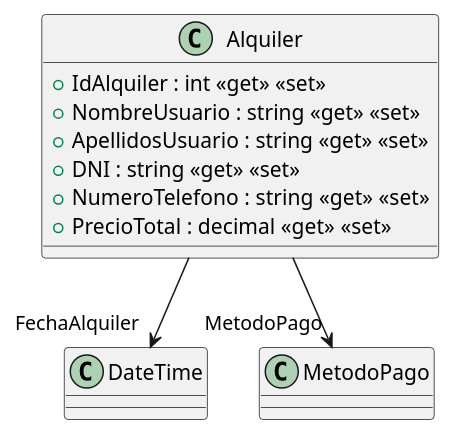
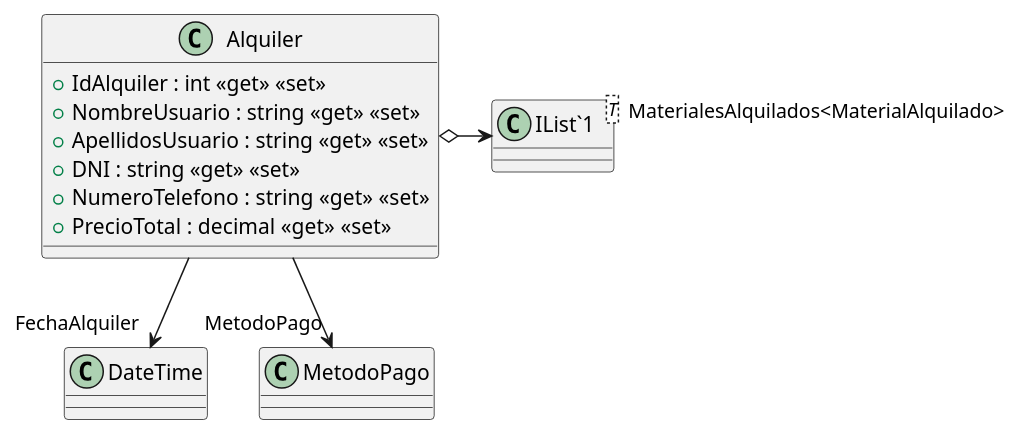
One commit to 2026-27AstonMartin/ISII2627AstonMartin changed the diagram in src/AppForSEII.API/ClassDiagram/Models/Alquiler.puml. Above: the diagram before and after it, drawn with PlantUML. The commit also changed 11 other files, not shown here.

First line of the commit message:
Desarrollar clase MaterialAlquilado (#73)

```diff
--- a/src/AppForSEII.API/ClassDiagram/Models/Alquiler.puml
+++ b/src/AppForSEII.API/ClassDiagram/Models/Alquiler.puml
@@ -1,12 +1,15 @@
 @startuml
 class Alquiler {
     + IdAlquiler : int <<get>> <<set>>
     + NombreUsuario : string <<get>> <<set>>
     + ApellidosUsuario : string <<get>> <<set>>
     + DNI : string <<get>> <<set>>
     + NumeroTelefono : string <<get>> <<set>>
     + PrecioTotal : decimal <<get>> <<set>>
 }
+class "IList`1"<T> {
+}
 Alquiler --> "FechaAlquiler" DateTime
 Alquiler --> "MetodoPago" MetodoPago
+Alquiler o-> "MaterialesAlquilados<MaterialAlquilado>" "IList`1"
 @enduml
```
